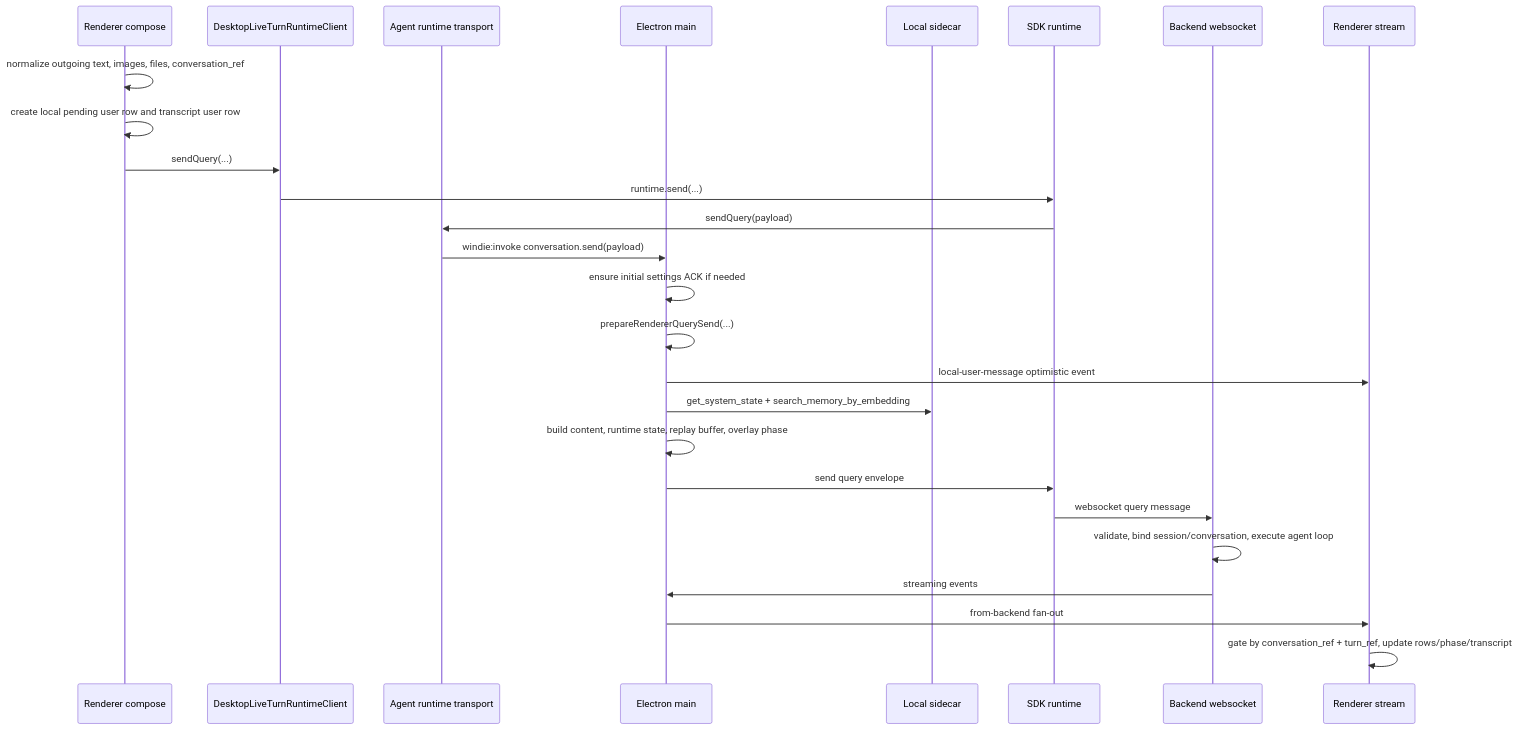
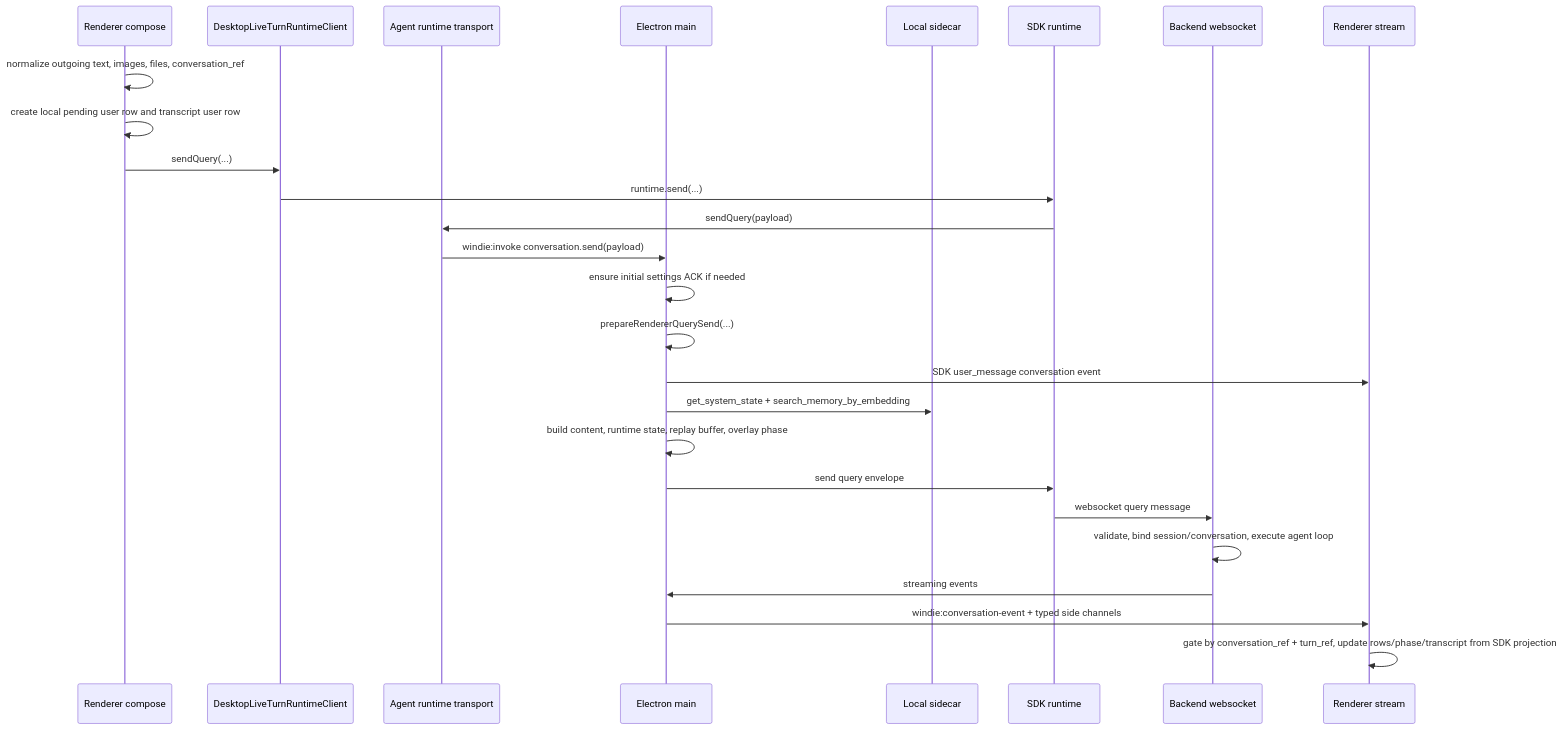
One commit to buiilding/My_Own_OpenClaw changed the diagram in docs/frontend/main/query_send_and_stream_relay_change_workflow.md. Above: the diagram before and after it, drawn with Mermaid. The commit also changed 9 other files, not shown here.

````diff
--- a/docs/frontend/main/query_send_and_stream_relay_change_workflow.md
+++ b/docs/frontend/main/query_send_and_stream_relay_change_workflow.md
@@ -57,29 +57,29 @@
 ```mermaid
 sequenceDiagram
     participant R as Renderer compose
     participant A as DesktopLiveTurnRuntimeClient
     participant T as Agent runtime transport
     participant M as Electron main
     participant L as Local sidecar
     participant SDK as SDK runtime
     participant B as Backend websocket
     participant S as Renderer stream
 
     R->>R: normalize outgoing text, images, files, conversation_ref
     R->>R: create local pending user row and transcript user row
     R->>A: sendQuery(...)
     A->>SDK: runtime.send(...)
     SDK->>T: sendQuery(payload)
     T->>M: windie:invoke conversation.send(payload)
     M->>M: ensure initial settings ACK if needed
     M->>M: prepareRendererQuerySend(...)
-    M->>S: local-user-message optimistic event
+    M->>S: SDK user_message conversation event
     M->>L: get_system_state + search_memory_by_embedding
     M->>M: build content, runtime state, replay buffer, overlay phase
     M->>SDK: send query envelope
     SDK->>B: websocket query message
     B->>B: validate, bind session/conversation, execute agent loop
     B->>M: streaming events
-    M->>S: from-backend fan-out
-    S->>S: gate by conversation_ref + turn_ref, update rows/phase/transcript
+    M->>S: windie:conversation-event + typed side channels
+    S->>S: gate by conversation_ref + turn_ref, update rows/phase/transcript from SDK projection
 ```
````
